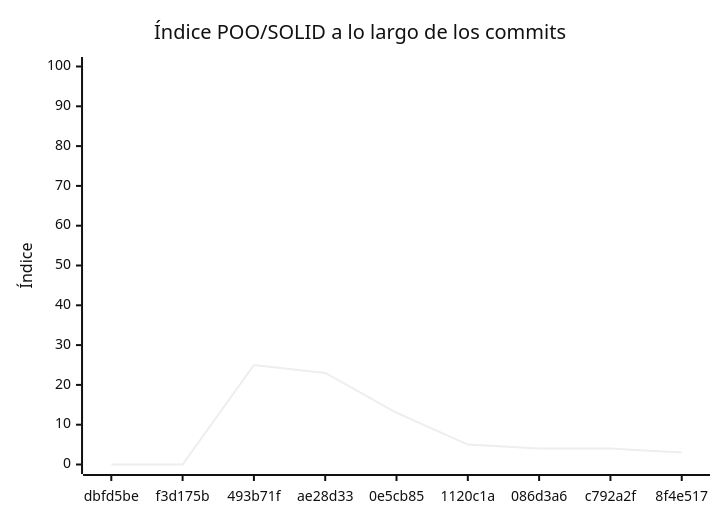
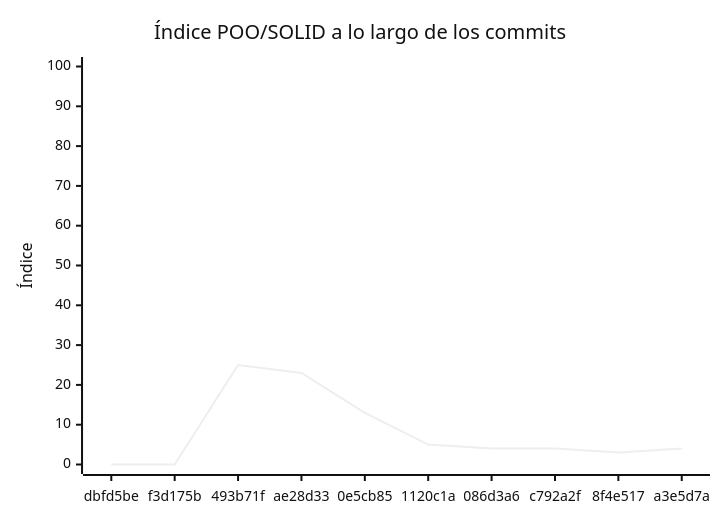
One commit to nacho-baldasso-organizacion/Proyecto-Submarino-Prime changed the diagram in docs/EVALUACION.md. Above: the diagram before and after it, drawn with Mermaid (neutral theme). The commit also changed other lines of this file and 1 other file, not shown here.

````diff
--- a/docs/EVALUACION.md
+++ b/docs/EVALUACION.md
@@ -343,7 +322,7 @@
 ```mermaid
 xychart-beta
     title "Índice POO/SOLID a lo largo de los commits"
-    x-axis ["dbfd5be", "f3d175b", "493b71f", "ae28d33", "0e5cb85", "1120c1a", "086d3a6", "c792a2f", "8f4e517"]
+    x-axis ["dbfd5be", "f3d175b", "493b71f", "ae28d33", "0e5cb85", "1120c1a", "086d3a6", "c792a2f", "8f4e517", "a3e5d7a"]
     y-axis "Índice" 0 --> 100
-    line [0, 0, 25, 23, 13, 5, 4, 4, 3]
+    line [0, 0, 25, 23, 13, 5, 4, 4, 3, 4]
 ```
````
